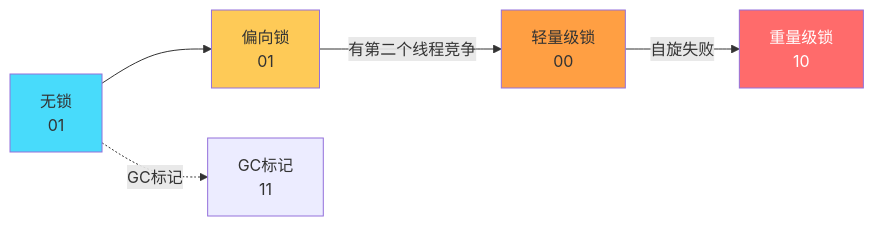
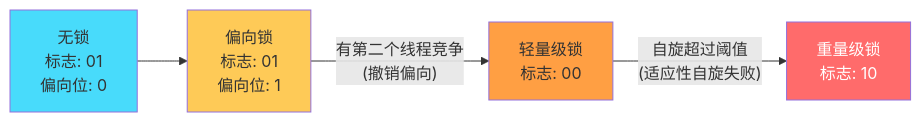
Diagram 15 of 36 in document/strengthen/并发编程面试总结_增强版.md (qigao0787-ops/gq-test), drawn with Mermaid before and after one commit. The commit also changed other lines of this file, not shown here.

````diff
--- a/document/strengthen/并发编程面试总结_增强版.md
+++ b/document/strengthen/并发编程面试总结_增强版.md
@@ -504,13 +1002,11 @@
 ```mermaid
 flowchart LR
-    A[无锁<br/>01] --> B[偏向锁<br/>01]
-    B -->|有第二个线程竞争| C[轻量级锁<br/>00]
-    C -->|自旋失败| D[重量级锁<br/>10]
-
-    A -.GC标记.-> E[GC标记<br/>11]
+    A["无锁<br/>标志: 01<br/>偏向位: 0"] --> B["偏向锁<br/>标志: 01<br/>偏向位: 1"]
+    B -->|"有第二个线程竞争<br/>(撤销偏向)"| C["轻量级锁<br/>标志: 00"]
+    C -->|"自旋超过阈值<br/>(适应性自旋失败)"| D["重量级锁<br/>标志: 10"]
 
     style A fill:#48dbfb
     style B fill:#feca57
     style C fill:#ff9f43
     style D fill:#ff6b6b,color:#fff
 ```
````
